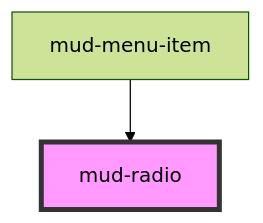
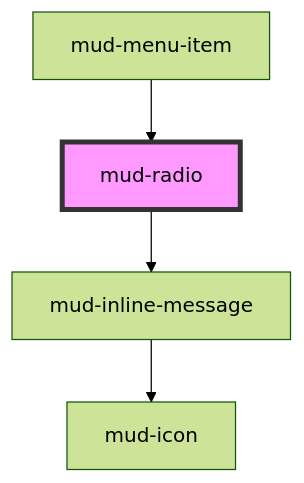
The diagram in src/components/mud-radio/readme.md (egov-moldova/design-system), drawn with Mermaid (forest theme) before and after one commit. The commit also changed other lines of this file and 8 other files, not shown here.

First line of the commit message:
feat(radio): show the error message Figma draws under an invalid radio

````diff
--- a/src/components/mud-radio/readme.md
+++ b/src/components/mud-radio/readme.md
@@ -74,5 +80,7 @@
 ```mermaid
 graph TD;
+  mud-radio --> mud-inline-message
+  mud-inline-message --> mud-icon
   mud-menu-item --> mud-radio
   style mud-radio fill:#f9f,stroke:#333,stroke-width:4px
 ```
````
